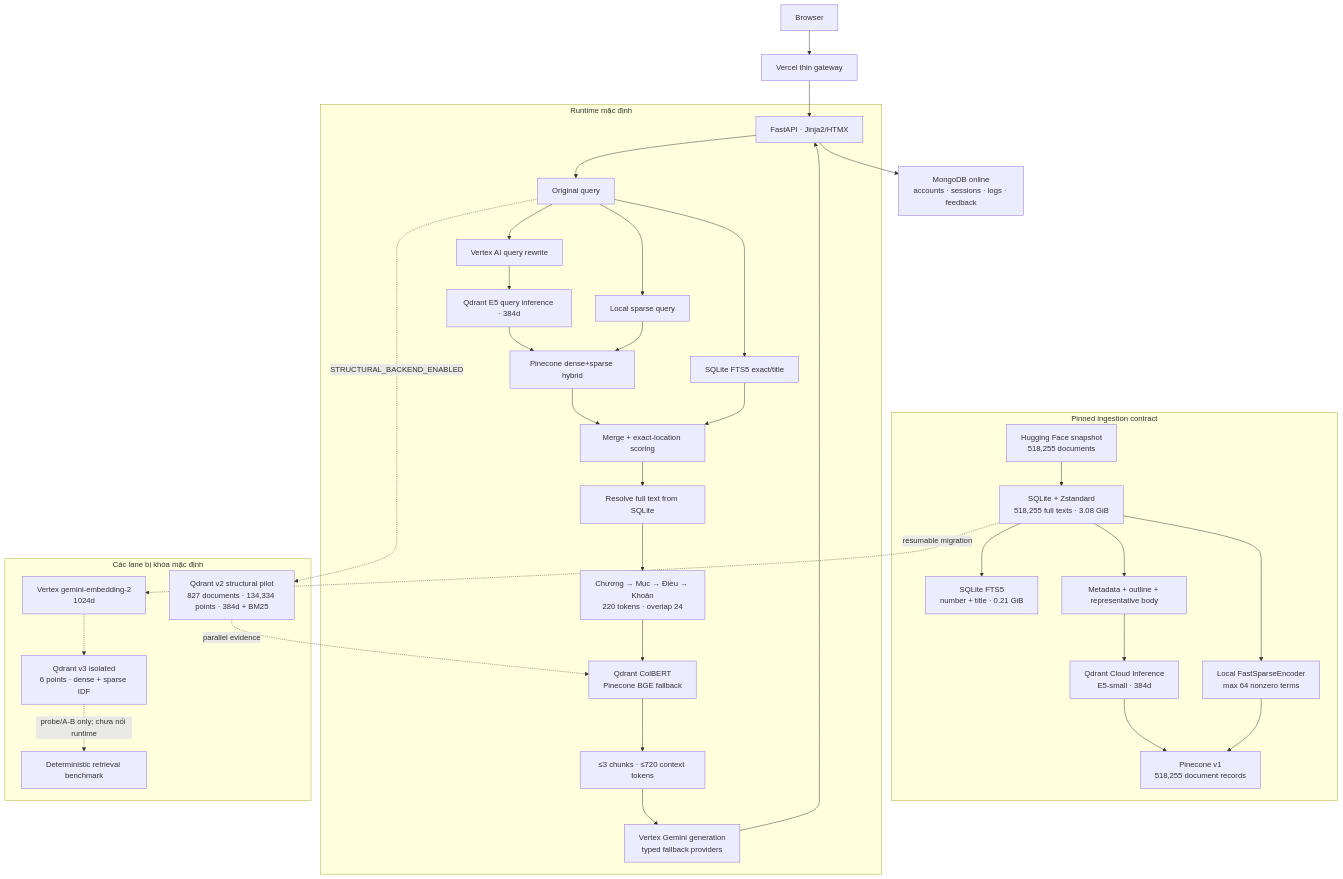
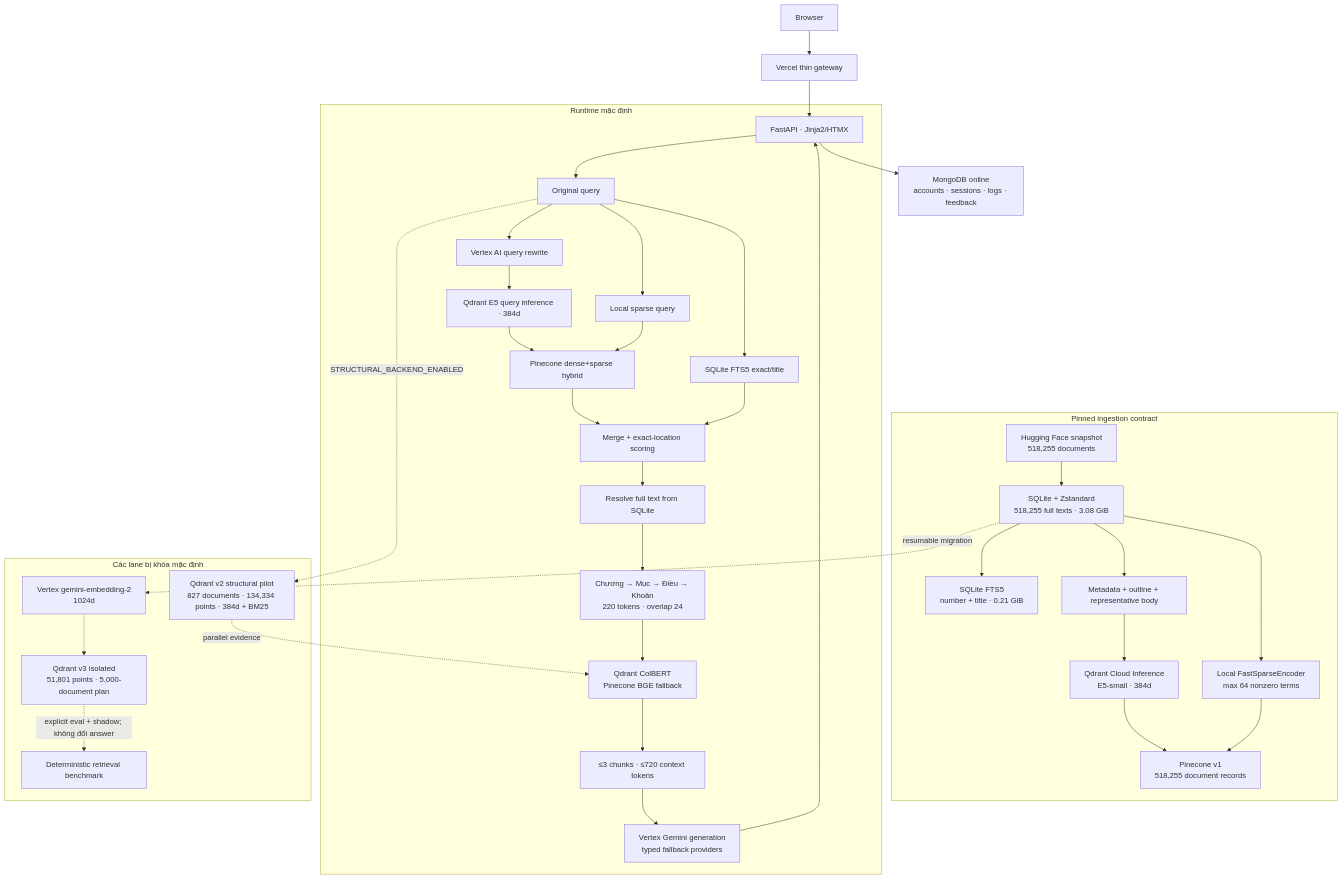
The diagram in README.md (TanNguyen234/VietLex-Tech-Spec), drawn with Mermaid before and after one commit. The commit also changed other lines of this file and 46 other files, not shown here.

Commit message:
feat(retrieval): validate vertex qdrant evaluation lane

````diff
--- a/README.md
+++ b/README.md
@@ -60,42 +61,42 @@
 ```mermaid
 flowchart TB
     User["Browser"] --> Gateway["Vercel thin gateway"]
     Gateway --> Web["FastAPI · Jinja2/HTMX"]
     Web --> Mongo["MongoDB online<br/>accounts · sessions · logs · feedback"]
 
     subgraph Ingest["Pinned ingestion contract"]
         Corpus["Hugging Face snapshot<br/>518,255 documents"] --> Store["SQLite + Zstandard<br/>518,255 full texts · 3.08 GiB"]
         Store --> FTSBuild["SQLite FTS5<br/>number + title · 0.21 GiB"]
         Store --> DocRepresentation["Metadata + outline + representative body"]
         DocRepresentation --> E5Ingest["Qdrant Cloud Inference<br/>E5-small · 384d"]
         Store --> SparseIngest["Local FastSparseEncoder<br/>max 64 nonzero terms"]
         E5Ingest --> PCV1["Pinecone v1<br/>518,255 document records"]
         SparseIngest --> PCV1
     end
 
     subgraph Runtime["Runtime mặc định"]
         Web --> Query["Original query"]
         Query --> Rewrite["Vertex AI query rewrite"]
         Rewrite --> DenseQ["Qdrant E5 query inference · 384d"]
         Query --> SparseQ["Local sparse query"]
         Query --> FTS["SQLite FTS5 exact/title"]
         DenseQ --> Hybrid["Pinecone dense+sparse hybrid"]
         SparseQ --> Hybrid
         Hybrid --> Merge["Merge + exact-location scoring"]
         FTS --> Merge
         Merge --> Resolve["Resolve full text from SQLite"]
         Resolve --> Chunk["Chương → Mục → Điều → Khoản<br/>220 tokens · overlap 24"]
         Chunk --> Rerank["Qdrant ColBERT<br/>Pinecone BGE fallback"]
         Rerank --> Evidence["≤3 chunks · ≤720 context tokens"]
         Evidence --> Generate["Vertex Gemini generation<br/>typed fallback providers"]
         Generate --> Web
     end
 
     subgraph Optional["Các lane bị khóa mặc định"]
         Query -. "STRUCTURAL_BACKEND_ENABLED" .-> QV2["Qdrant v2 structural pilot<br/>827 documents · 134,334 points · 384d + BM25"]
         QV2 -. "parallel evidence" .-> Rerank
         Store -. "resumable migration" .-> Embed2["Vertex gemini-embedding-2<br/>1024d"]
-        Embed2 -.-> QV3["Qdrant v3 isolated<br/>6 points · dense + sparse IDF"]
-        QV3 -. "probe/A-B only; chưa nối runtime" .-> Audit["Deterministic retrieval benchmark"]
+        Embed2 -.-> QV3["Qdrant v3 isolated<br/>51,801 points · 5,000-document plan"]
+        QV3 -. "explicit eval + shadow; không đổi answer" .-> Audit["Deterministic retrieval benchmark"]
     end
 ```
````
